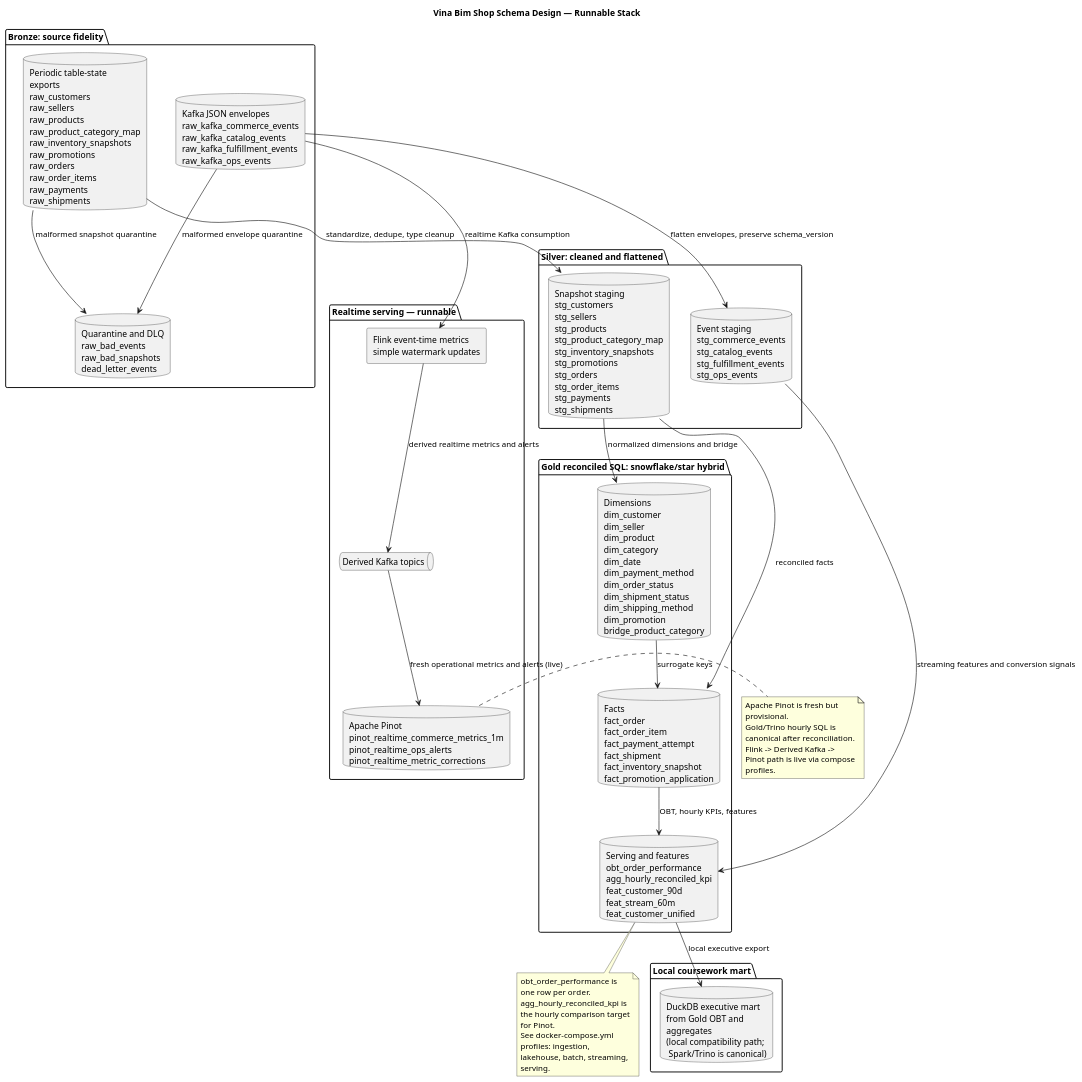
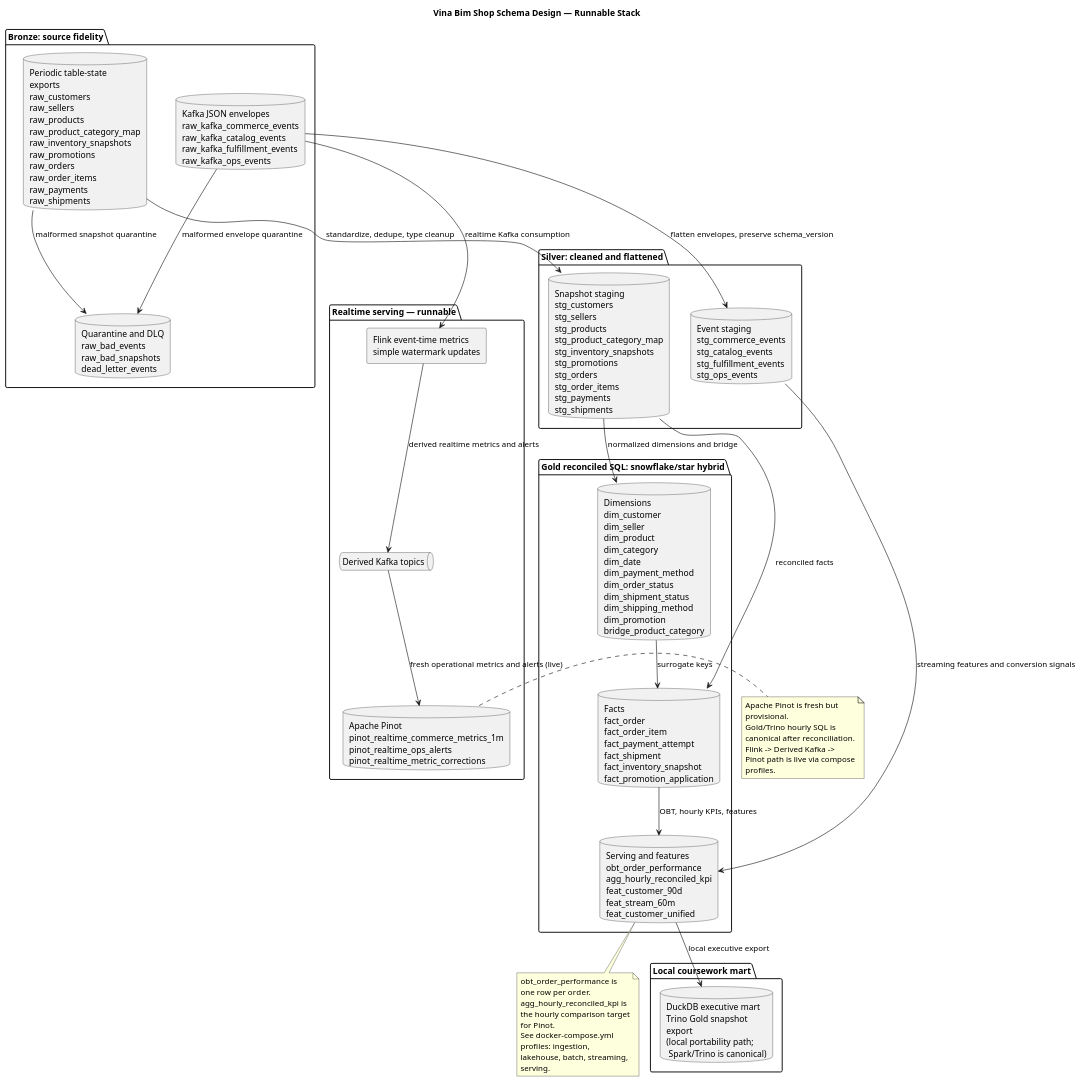
Before and after one commit to hhoangdo/ecom-data-platform: the diagram in architecture/diagrams/schema_design.puml, drawn with PlantUML. The commit also changed 26 other files, not shown here.

First line of the commit message:
feat: Introduce DuckDB Executive Mart for local executive analysis

```diff
--- a/architecture/diagrams/schema_design.puml
+++ b/architecture/diagrams/schema_design.puml
@@ -1,63 +1,63 @@
 @startuml
 title Vina Bim Shop Schema Design — Runnable Stack
 
 skinparam componentStyle rectangle
 skinparam shadowing false
 skinparam wrapWidth 180
 
 package "Bronze: source fidelity" as Bronze {
   database "Periodic table-state exports\nraw_customers\nraw_sellers\nraw_products\nraw_product_category_map\nraw_inventory_snapshots\nraw_promotions\nraw_orders\nraw_order_items\nraw_payments\nraw_shipments" as RawSnapshots
   database "Kafka JSON envelopes\nraw_kafka_commerce_events\nraw_kafka_catalog_events\nraw_kafka_fulfillment_events\nraw_kafka_ops_events" as RawEvents
   database "Quarantine and DLQ\nraw_bad_events\nraw_bad_snapshots\ndead_letter_events" as RawBad
 }
 
 package "Silver: cleaned and flattened" as Silver {
   database "Snapshot staging\nstg_customers\nstg_sellers\nstg_products\nstg_product_category_map\nstg_inventory_snapshots\nstg_promotions\nstg_orders\nstg_order_items\nstg_payments\nstg_shipments" as StgSnapshots
   database "Event staging\nstg_commerce_events\nstg_catalog_events\nstg_fulfillment_events\nstg_ops_events" as StgEvents
 }
 
 package "Gold reconciled SQL: snowflake/star hybrid" as Gold {
   database "Dimensions\ndim_customer\ndim_seller\ndim_product\ndim_category\ndim_date\ndim_payment_method\ndim_order_status\ndim_shipment_status\ndim_shipping_method\ndim_promotion\nbridge_product_category" as Dims
   database "Facts\nfact_order\nfact_order_item\nfact_payment_attempt\nfact_shipment\nfact_inventory_snapshot\nfact_promotion_application" as Facts
   database "Serving and features\nobt_order_performance\nagg_hourly_reconciled_kpi\nfeat_customer_90d\nfeat_stream_60m\nfeat_customer_unified" as Serving
 }
 
 package "Realtime serving — runnable" as Realtime {
   component "Flink event-time metrics\nsimple watermark updates" as FlinkMetrics
   queue "Derived Kafka topics" as DerivedKafka
   database "Apache Pinot\npinot_realtime_commerce_metrics_1m\npinot_realtime_ops_alerts\npinot_realtime_metric_corrections" as Pinot
 }
 
 package "Local coursework mart" as Local {
-  database "DuckDB executive mart\nfrom Gold OBT and aggregates\n(local compatibility path;\n Spark/Trino is canonical)" as DuckDB
+  database "DuckDB executive mart\nTrino Gold snapshot export\n(local portability path;\n Spark/Trino is canonical)" as DuckDB
 }
 
 RawSnapshots --> StgSnapshots : standardize, dedupe, type cleanup
 RawEvents --> StgEvents : flatten envelopes, preserve schema_version
 RawEvents --> RawBad : malformed envelope quarantine
 RawSnapshots --> RawBad : malformed snapshot quarantine
 
 StgSnapshots --> Dims : normalized dimensions and bridge
 StgSnapshots --> Facts : reconciled facts
 StgEvents --> Serving : streaming features and conversion signals
 Dims --> Facts : surrogate keys
 Facts --> Serving : OBT, hourly KPIs, features
 
 RawEvents --> FlinkMetrics : realtime Kafka consumption
 FlinkMetrics --> DerivedKafka : derived realtime metrics and alerts
 DerivedKafka --> Pinot : fresh operational metrics and alerts (live)
 Serving --> DuckDB : local executive export
 
 note right of Pinot
 Apache Pinot is fresh but provisional.
 Gold/Trino hourly SQL is canonical after reconciliation.
 Flink -> Derived Kafka -> Pinot path is live via compose profiles.
 end note
 
 note bottom of Serving
 obt_order_performance is one row per order.
 agg_hourly_reconciled_kpi is the hourly comparison target for Pinot.
 See docker-compose.yml profiles: ingestion, lakehouse, batch, streaming, serving.
 end note
 
 @enduml
```
